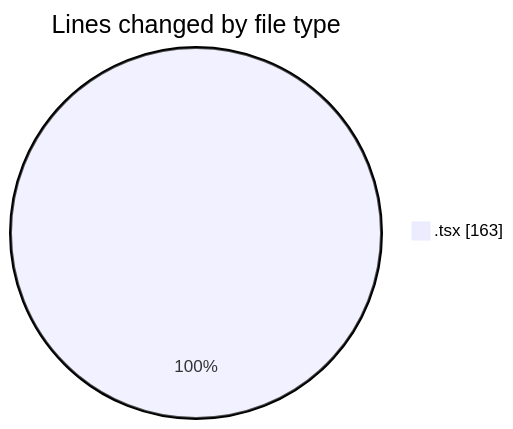
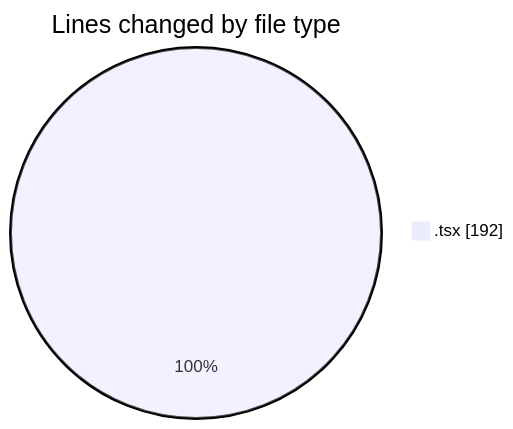
The first of 2 diagrams in 2025-06-17/cda/README.md (momahboobian/code-tracking), drawn with Mermaid before and after one commit. The commit also changed other lines of this file and 1 other file, not shown here.

````diff
--- a/2025-06-17/cda/README.md
+++ b/2025-06-17/cda/README.md
@@ -21,5 +21,5 @@
 ```mermaid
 pie showData
 title Lines changed by file type
-".tsx" : 163
+".tsx" : 192
 ```
````
